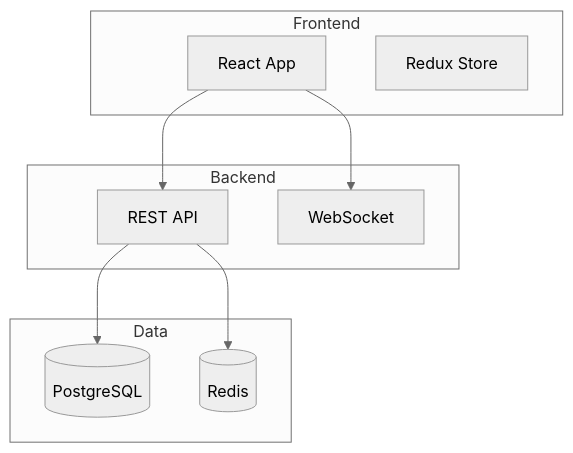
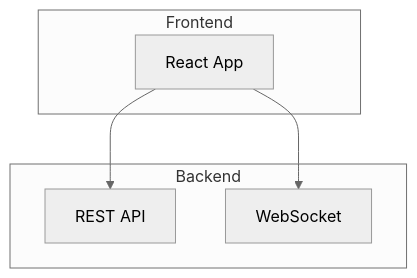
The fourth of 13 diagrams in .agents/tools/diagrams/mermaid-diagrams-skill/references/FLOWCHARTS.md (marcusquinn/aidevops), drawn with Mermaid (neutral theme) before and after one commit. The commit also changed other lines of this file, not shown here.

Commit message:
simplification: tighten FLOWCHARTS.md reference doc (431→217 lines) (GH#7986)

````diff
--- a/.agents/tools/diagrams/mermaid-diagrams-skill/references/FLOWCHARTS.md
+++ b/.agents/tools/diagrams/mermaid-diagrams-skill/references/FLOWCHARTS.md
@@ -165,22 +104,12 @@
 ```mermaid
 flowchart TB
     subgraph Frontend
         UI[React App]
-        State[Redux Store]
     end
-
     subgraph Backend
         API[REST API]
         WS[WebSocket]
     end
-
-    subgraph Data
-        DB[(PostgreSQL)]
-        Cache[(Redis)]
-    end
-
     UI --> API
     UI --> WS
-    API --> DB
-    API --> Cache
 ```
````
